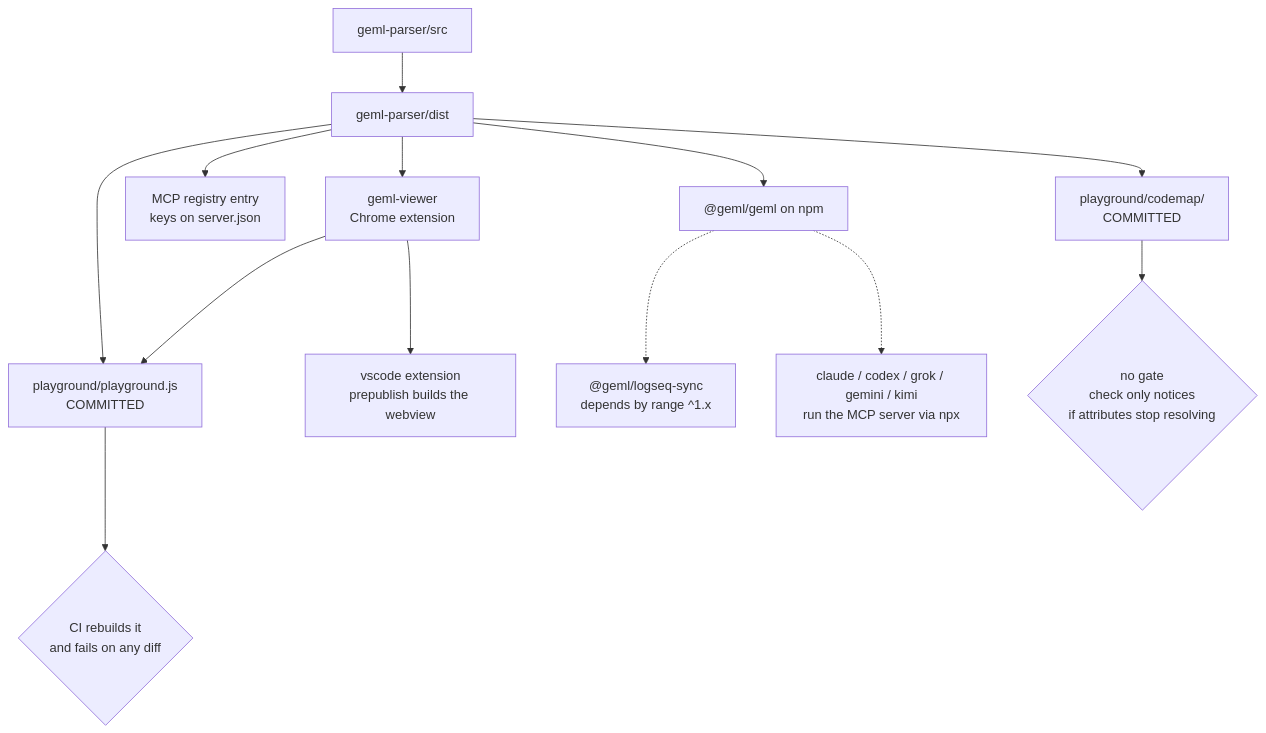
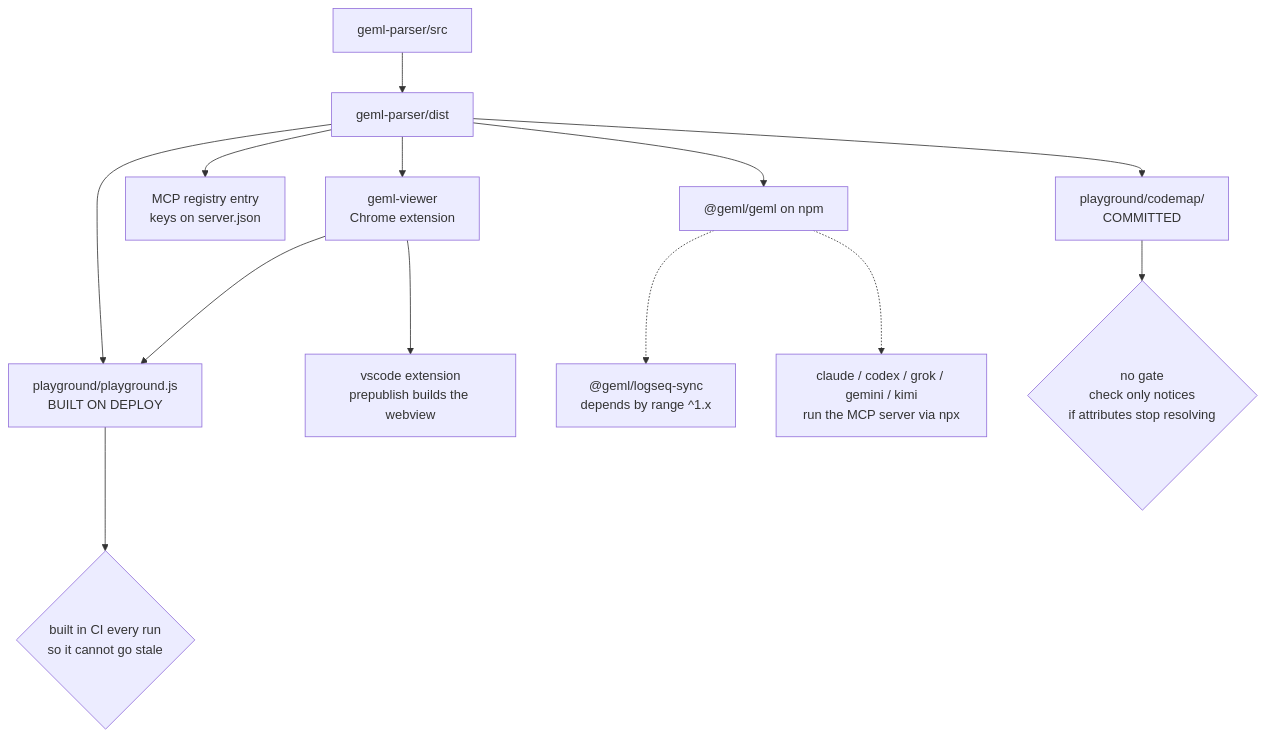
One commit to geml-spec/geml changed the diagram in docs/PUBLISHING.md. Above: the diagram before and after it, drawn with Mermaid. The commit also changed other lines of this file and 34 other files, not shown here.

````diff
--- a/docs/PUBLISHING.md
+++ b/docs/PUBLISHING.md
@@ -22,18 +22,18 @@
 ```mermaid
 flowchart TD
   SRC["geml-parser/src"] --> DIST["geml-parser/dist"]
 
   DIST --> NPM["@geml/geml on npm"]
   DIST --> MCP["MCP registry entry<br/>keys on server.json"]
   DIST --> VIEWER["geml-viewer<br/>Chrome extension"]
-  DIST --> BUNDLE["playground/playground.js<br/>COMMITTED"]
+  DIST --> BUNDLE["playground/playground.js<br/>BUILT ON DEPLOY"]
   DIST --> MAP["playground/codemap/<br/>COMMITTED"]
   VIEWER --> VSCODE["vscode extension<br/>prepublish builds the webview"]
   VIEWER --> BUNDLE
 
   NPM -.-> LOGSEQ["@geml/logseq-sync<br/>depends by range ^1.x"]
   NPM -.-> PLUGINS["claude / codex / grok / gemini / kimi<br/>run the MCP server via npx"]
 
-  BUNDLE --> G1{"CI rebuilds it<br/>and fails on any diff"}
+  BUNDLE --> G1{"built in CI every run<br/>so it cannot go stale"}
   MAP --> G2{"no gate<br/>check only notices<br/>if attributes stop resolving"}
 ```
````
